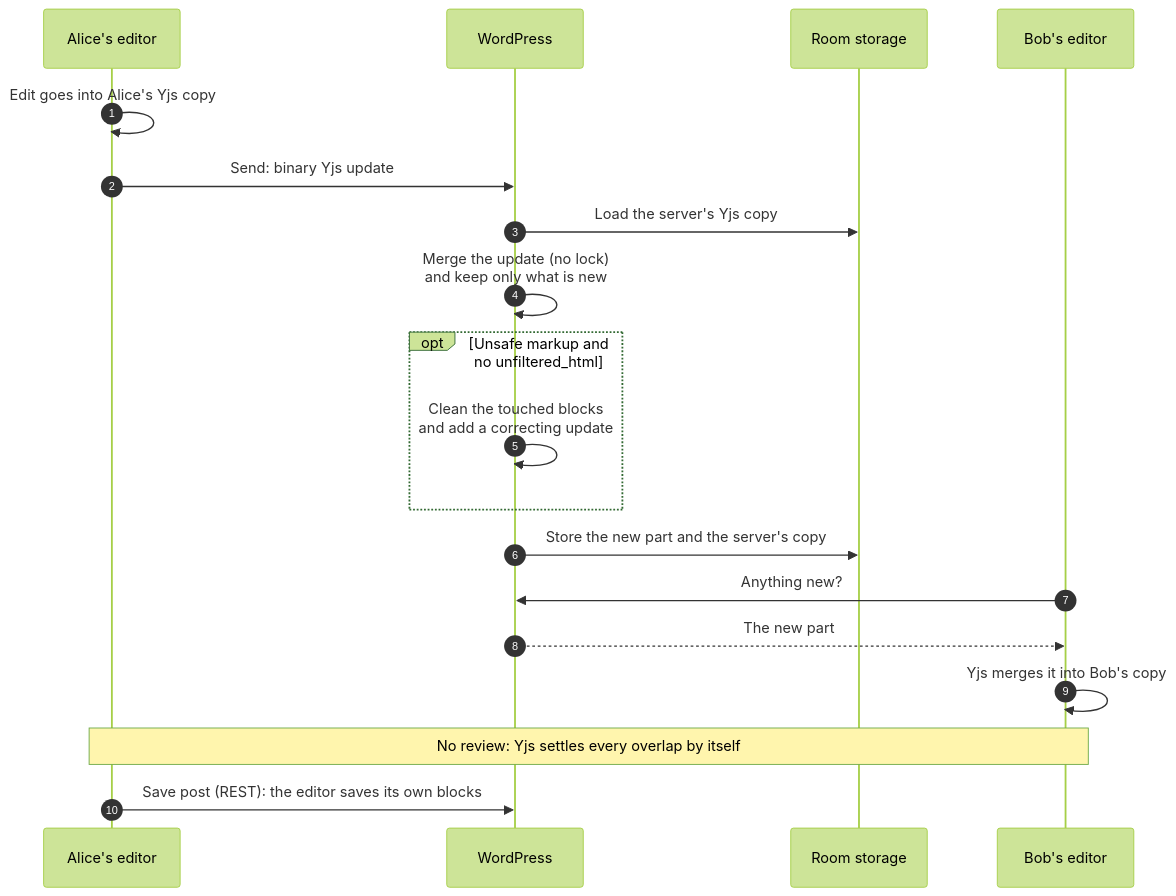
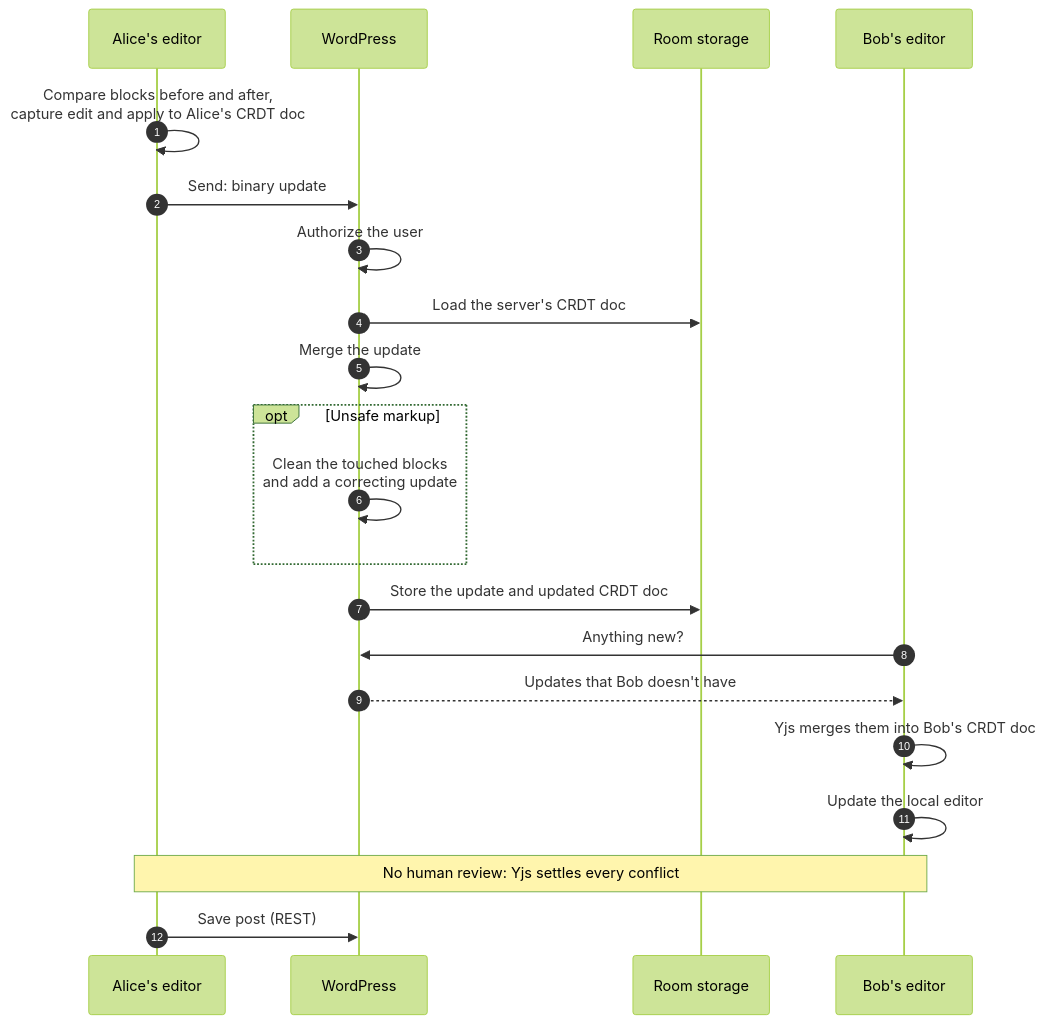
The third of 4 diagrams in docs/data-flow.md (WordPress/gutenberg-sync-engines), drawn with Mermaid (forest theme) before and after one commit. The commit also changed other lines of this file, not shown here.

````diff
--- a/docs/data-flow.md
+++ b/docs/data-flow.md
@@ -127,21 +109,23 @@
 ```mermaid
 sequenceDiagram
     autonumber
     participant A as Alice's editor
     participant WP as WordPress
     participant DB as Room storage
     participant B as Bob's editor
-    A->>A: Edit goes into Alice's Yjs copy
-    A->>WP: Send: binary Yjs update
-    WP->>DB: Load the server's Yjs copy
-    WP->>WP: Merge the update (no lock)<br/>and keep only what is new
-    opt Unsafe markup and no unfiltered_html
+    A->>A: Compare blocks before and after,<br>capture edit and apply to Alice's CRDT doc
+    A->>WP: Send: binary update
+    WP->>WP: Authorize the user
+    WP->>DB: Load the server's CRDT doc
+    WP->>WP: Merge the update
+    opt Unsafe markup
         WP->>WP: Clean the touched blocks<br/>and add a correcting update
     end
-    WP->>DB: Store the new part and the server's copy
+    WP->>DB: Store the update and updated CRDT doc
     B->>WP: Anything new?
-    WP-->>B: The new part
-    B->>B: Yjs merges it into Bob's copy
-    Note over A,B: No review: Yjs settles every overlap by itself
-    A->>WP: Save post (REST): the editor saves its own blocks
+    WP-->>B: Updates that Bob doesn't have
+    B->>B: Yjs merges them into Bob's CRDT doc
+    B->>B: Update the local editor
+    Note over A,B: No human review: Yjs settles every conflict
+    A->>WP: Save post (REST)
 ```
````
